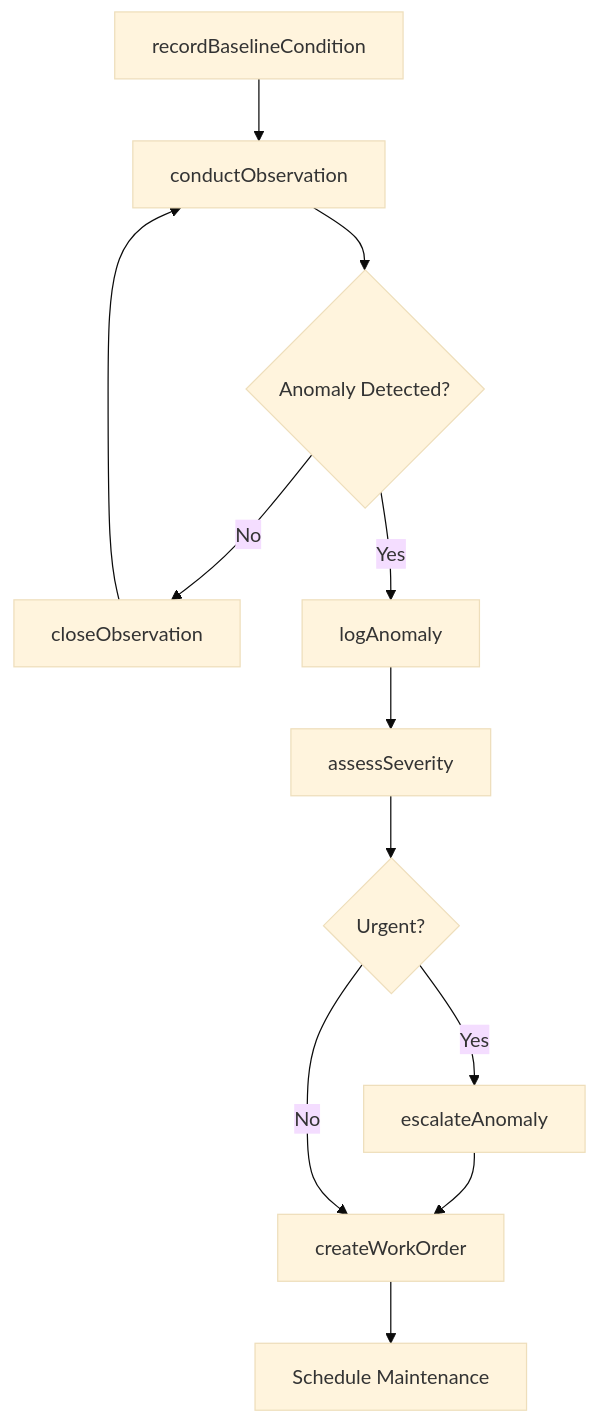
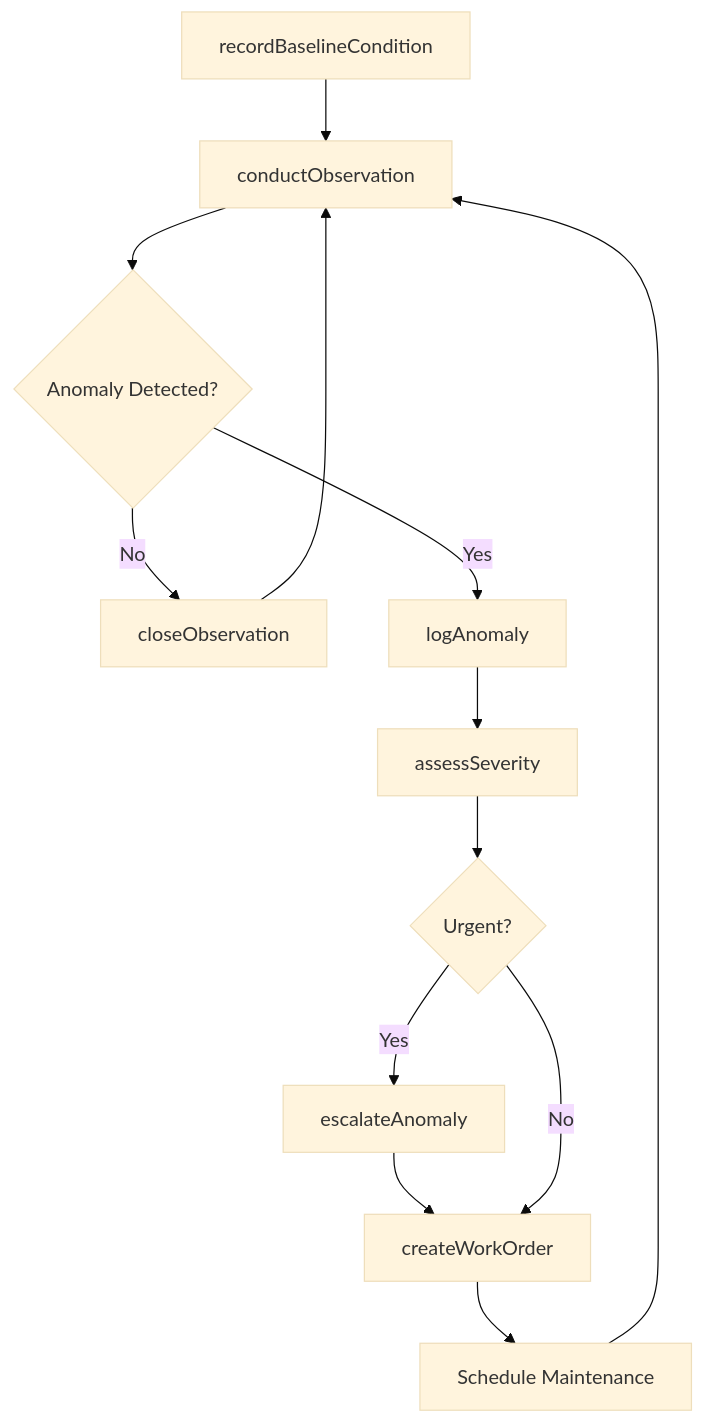
The third of 4 diagrams in MonitoringProcessesMaterialsOrSurroundings/MonitorEquipmentOperation/ObserveEquipmentOperationDetectPotential.mdx (dot-org-ai/tasks.org.ai), drawn with Mermaid (base theme) before and after one commit. The commit also changed other lines of this file and 504 other files, not shown here.

First line of the commit message:
feat: Add ER diagrams, state diagrams, and workflow improvements to 96 DWA task files

````diff
--- a/MonitoringProcessesMaterialsOrSurroundings/MonitorEquipmentOperation/ObserveEquipmentOperationDetectPotential.mdx
+++ b/MonitoringProcessesMaterialsOrSurroundings/MonitorEquipmentOperation/ObserveEquipmentOperationDetectPotential.mdx
@@ -87,14 +117,15 @@
 ```mermaid
 graph TD
     A[recordBaselineCondition] --> B[conductObservation]
     B --> C{Anomaly Detected?}
     C -->|No| D[closeObservation]
     C -->|Yes| E[logAnomaly]
     E --> F[assessSeverity]
     F --> G{Urgent?}
     G -->|Yes| H[escalateAnomaly]
     H --> I[createWorkOrder]
     G -->|No| I
     I --> J[Schedule Maintenance]
     D --> B
+    J --> B
 ```
````
